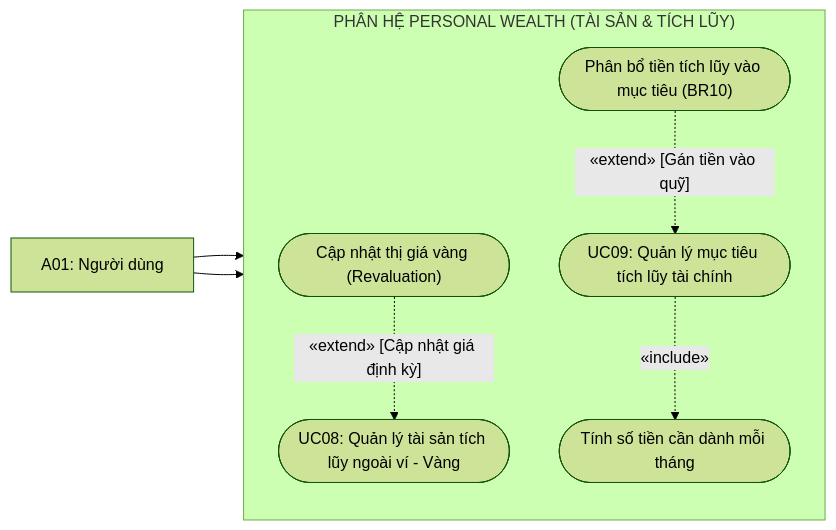
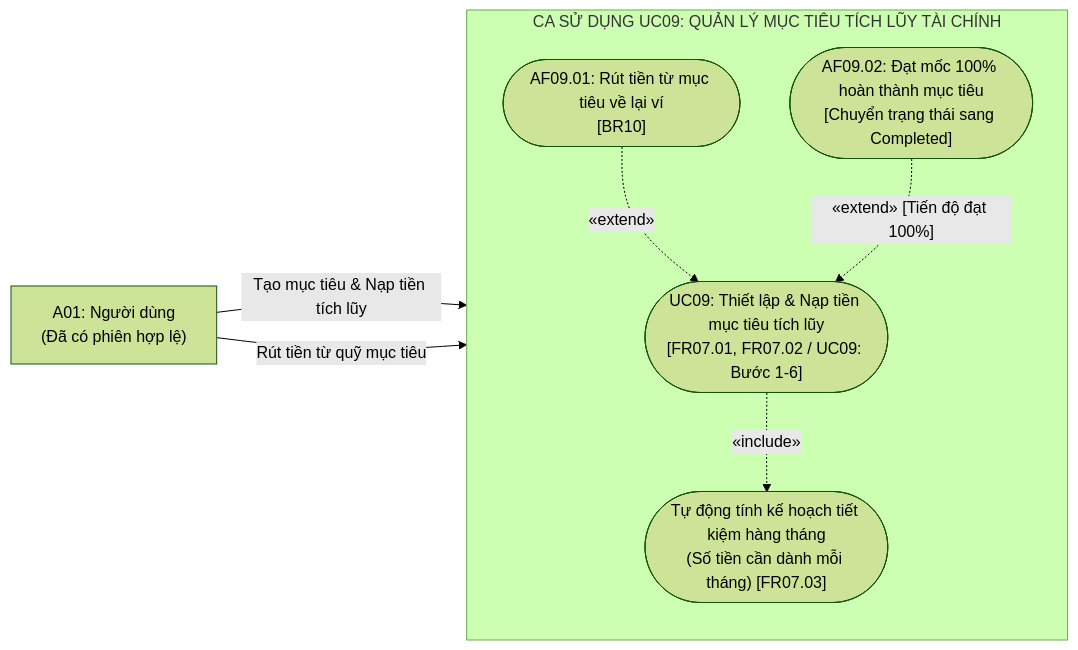
Before and after one commit to huytothevoz/SE---Microfinance-Personal-Wealth-Expense-Tracker: the tenth of 14 diagrams in docs/02_elaboration/uml_modeling/usecase_diagram.md, drawn with Mermaid (forest theme). The commit also changed other lines of this file and 1 other file, not shown here.

Commit message:
docs(uml): update usecase diagrams to v2.1 and add bidirectional mapping links to SRS

````diff
--- a/docs/02_elaboration/uml_modeling/usecase_diagram.md
+++ b/docs/02_elaboration/uml_modeling/usecase_diagram.md
@@ -202,25 +498,23 @@
 ```mermaid
 flowchart LR
     %% Actors
-    User["A01: Người dùng"]
+    User["A01: Người dùng<br/>(Đã có phiên hợp lệ)"]
 
-    subgraph Boundary_Wealth["PHÂN HỆ PERSONAL WEALTH (TÀI SẢN & TÍCH LŨY)"]
+    subgraph Boundary_UC09["CA SỬ DỤNG UC09: QUẢN LÝ MỤC TIÊU TÍCH LŨY TÀI CHÍNH"]
         direction TB
 
-        UC08(["UC08: Quản lý tài sản tích lũy ngoài ví - Vàng"])
-        UC08_Val(["Cập nhật thị giá vàng (Revaluation)"])
-
-        UC09(["UC09: Quản lý mục tiêu tích lũy tài chính"])
-        UC09_Alloc(["Phân bổ tiền tích lũy vào mục tiêu (BR10)"])
-        UC09_Target(["Tính số tiền cần dành mỗi tháng"])
+        UC09(["UC09: Thiết lập & Nạp tiền mục tiêu tích lũy<br/>[FR07.01, FR07.02 / UC09: Bước 1-6]"])
+        PlanSaving(["Tự động tính kế hoạch tiết kiệm hàng tháng<br/>(Số tiền cần dành mỗi tháng) [FR07.03]"])
+        AF09_01(["AF09.01: Rút tiền từ mục tiêu về lại ví<br/>[BR10]"])
+        AF09_02(["AF09.02: Đạt mốc 100% hoàn thành mục tiêu<br/>[Chuyển trạng thái sang Completed]"])
     end
 
-    %% Tương tác
-    User --> UC08
-    User --> UC09
+    %% Tương tác Tác nhân
+    User -->|"Tạo mục tiêu & Nạp tiền tích lũy"| UC09
+    User -->|"Rút tiền từ quỹ mục tiêu"| AF09_01
 
-    %% Include / Extend
-    UC08_Val -.->|"«extend» [Cập nhật giá định kỳ]"| UC08
-    UC09_Alloc -.->|"«extend» [Gán tiền vào quỹ]"| UC09
-    UC09 -.->|"«include»"| UC09_Target
+    %% Quan hệ Include / Extend trong UC09
+    UC09 -.->|"«include»"| PlanSaving
+    AF09_01 -.->|"«extend»"| UC09
+    AF09_02 -.->|"«extend» [Tiến độ đạt 100%]"| UC09
 ```
````
